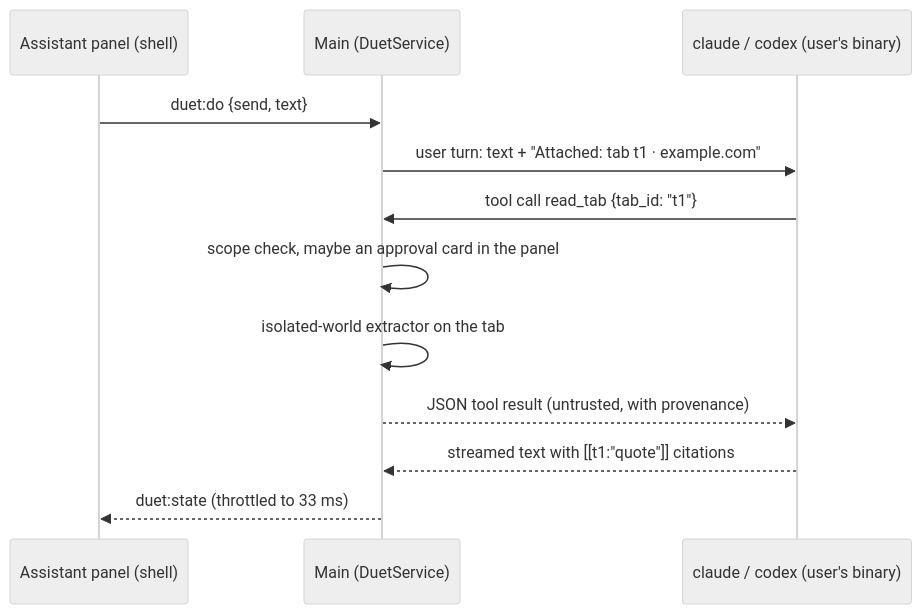
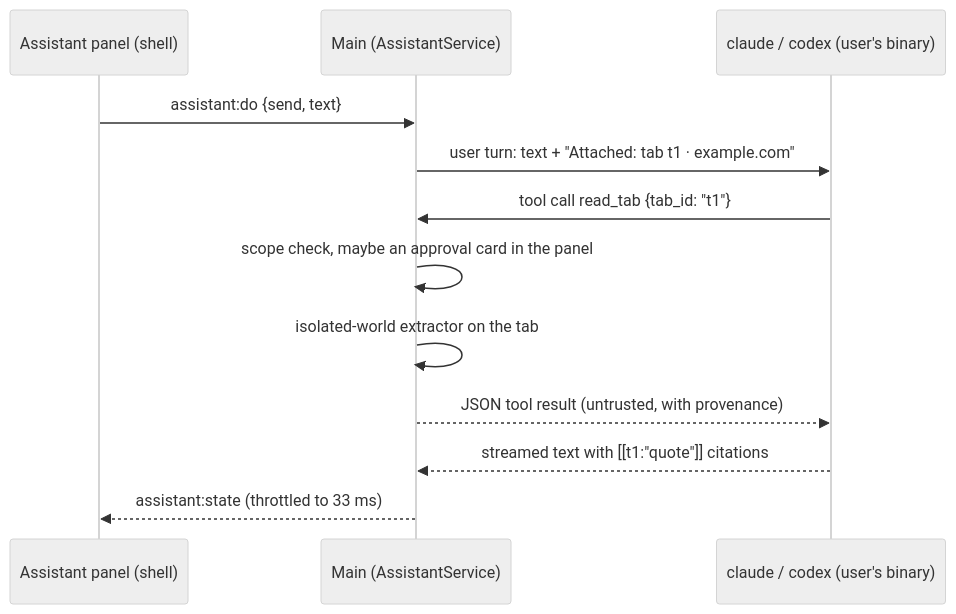
One commit to anaremore/chord-browser changed the second of 2 diagrams in ARCHITECTURE.md. Above: the diagram before and after it, drawn with Mermaid (neutral theme). The commit also changed other lines of this file and 112 other files, not shown here.

First line of the commit message:
refactor: duet is assistant inside too

````diff
--- a/ARCHITECTURE.md
+++ b/ARCHITECTURE.md
@@ -1027,14 +1029,14 @@
 ```mermaid
 sequenceDiagram
   participant U as Assistant panel (shell)
-  participant M as Main (DuetService)
+  participant M as Main (AssistantService)
   participant C as claude / codex (user's binary)
-  U->>M: duet:do {send, text}
+  U->>M: assistant:do {send, text}
   M->>C: user turn: text + "Attached: tab t1 · example.com"
   C->>M: tool call read_tab {tab_id: "t1"}
   M->>M: scope check, maybe an approval card in the panel
   M->>M: isolated-world extractor on the tab
   M-->>C: JSON tool result (untrusted, with provenance)
   C-->>M: streamed text with [[t1:"quote"]] citations
-  M-->>U: duet:state (throttled to 33 ms)
+  M-->>U: assistant:state (throttled to 33 ms)
 ```
````
